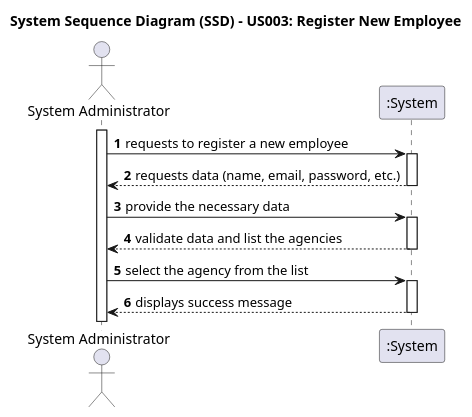
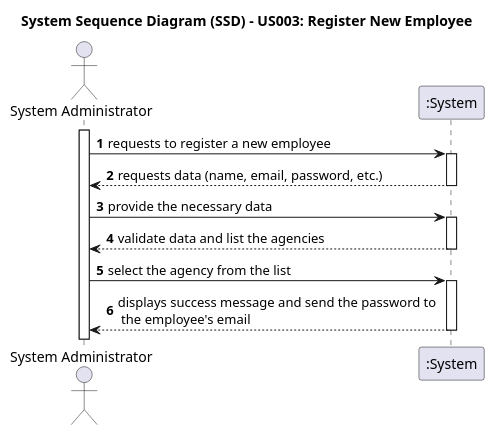
One commit to Goncalves2525/real-estate-management-system changed the diagram in docs/sprintA/us003/01.requirements-engineering/puml/us003-system-sequence-diagram.puml. Above: the diagram before and after it, drawn with PlantUML. The commit also changed 3 other files, not shown here.

Commit message:
Use case diagram update and us003 update

```diff
--- a/docs/sprintA/us003/01.requirements-engineering/puml/us003-system-sequence-diagram.puml
+++ b/docs/sprintA/us003/01.requirements-engineering/puml/us003-system-sequence-diagram.puml
@@ -1,33 +1,34 @@
 @startuml
 skinparam monochrome false
 skinparam packageStyle rectangle
 skinparam shadowing false
 
 title System Sequence Diagram (SSD) - US003: Register New Employee
 
 autonumber
 
 actor "System Administrator" as Admin
 participant ":System" as System
 
 activate Admin
 
     Admin -> System : requests to register a new employee
     activate System
 
         System --> Admin : requests data (name, email, password, etc.)
     deactivate System
 
     Admin -> System : provide the necessary data
         activate System
 
             System --> Admin : validate data and list the agencies
         deactivate System
 
     Admin -> System : select the agency from the list
     activate System
 
-        System --> Admin : displays success message
+        System --> Admin : displays success message and send the password to \n the employee's email
+
     deactivate System
 
 @enduml
```
